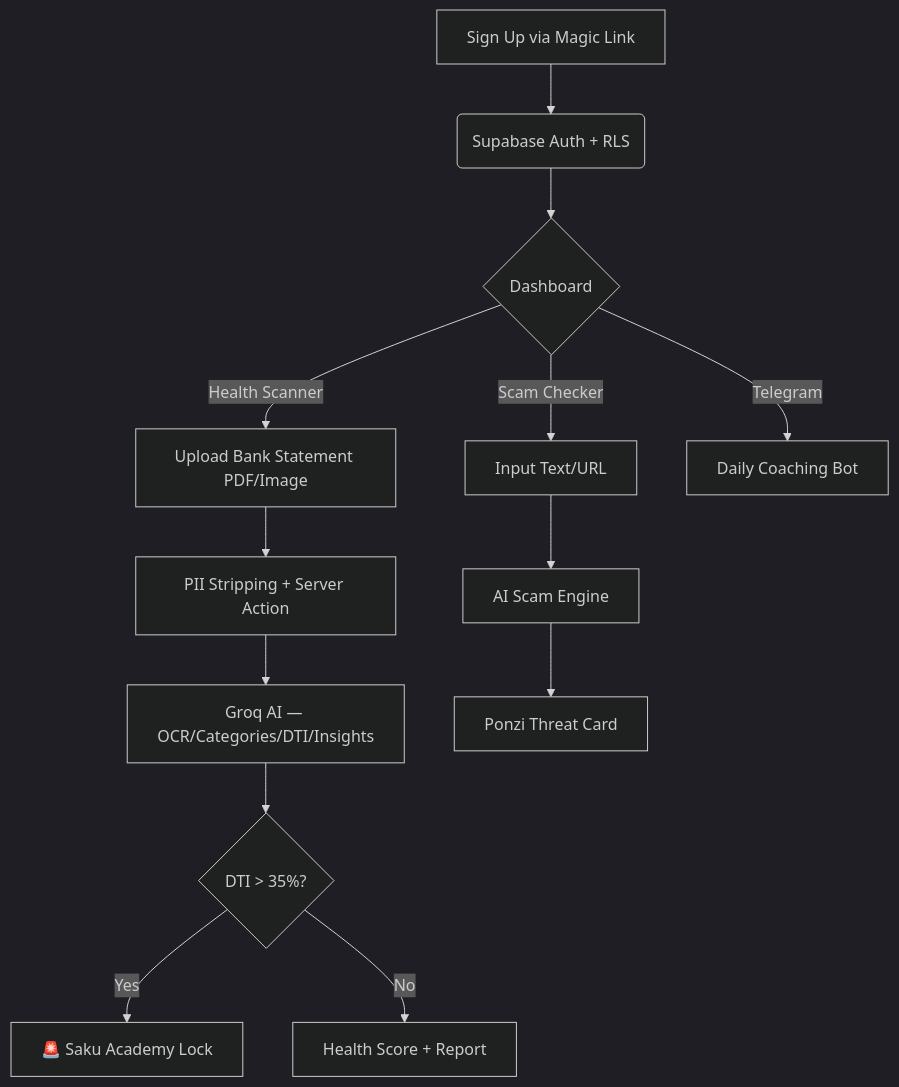
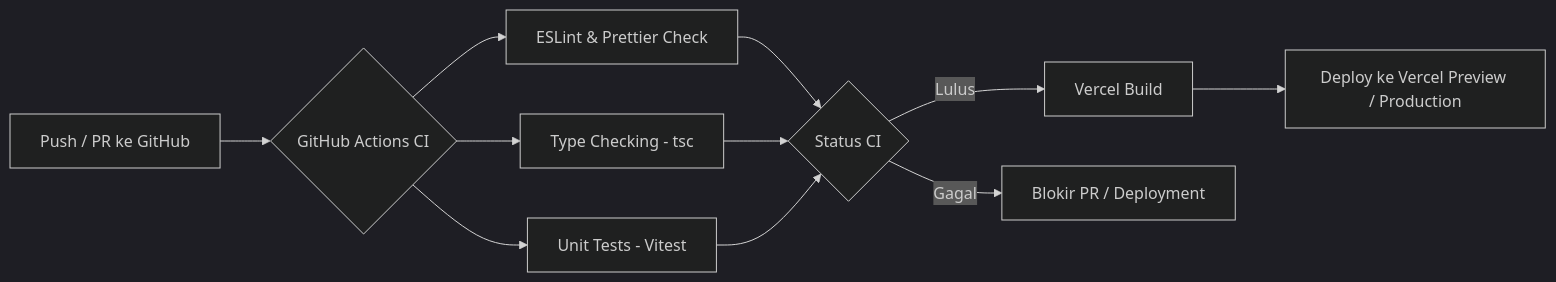
Before and after one commit to kazanaruishere-max/SafeWallet: the seventh of 12 diagrams in README.md, drawn with Mermaid (dark theme). The commit also changed other lines of this file and 2 other files, not shown here.

````diff
--- a/README.md
+++ b/README.md
@@ -212,18 +185,13 @@
 ```mermaid
-graph TD
-    A[Sign Up via Magic Link] --> B(Supabase Auth + RLS)
-    B --> C{Dashboard}
-
-    C -->|Health Scanner| D[Upload Bank Statement PDF/Image]
-    D --> E[PII Stripping + Server Action]
-    E --> F[Groq AI — OCR/Categories/DTI/Insights]
-    F --> G{DTI > 35%?}
-    G -- Yes --> H[🚨 Saku Academy Lock]
-    G -- No --> I[Health Score + Report]
-
-    C -->|Scam Checker| J[Input Text/URL]
-    J --> K[AI Scam Engine]
-    K --> L[Ponzi Threat Card]
-
-    C -->|Telegram| M[Daily Coaching Bot]
+flowchart LR
+    A[Push / PR ke GitHub] --> B{GitHub Actions CI}
+    B --> C[ESLint & Prettier Check]
+    B --> D[Type Checking - tsc]
+    B --> E[Unit Tests - Vitest]
+    C --> F{Status CI}
+    D --> F
+    E --> F
+    F -- Lulus --> G[Vercel Build]
+    F -- Gagal --> H[Blokir PR / Deployment]
+    G --> I[Deploy ke Vercel Preview / Production]
 ```
````
